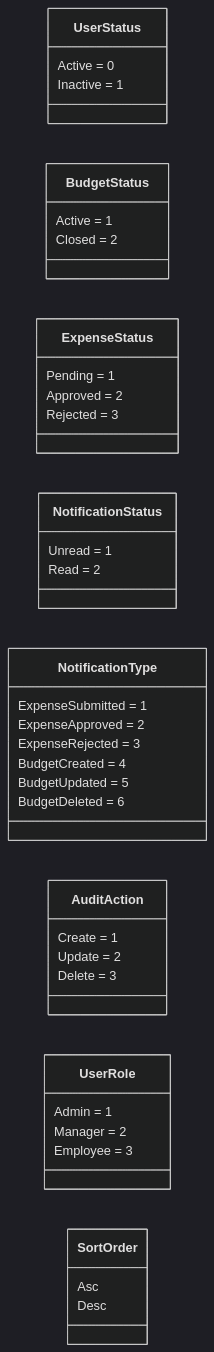
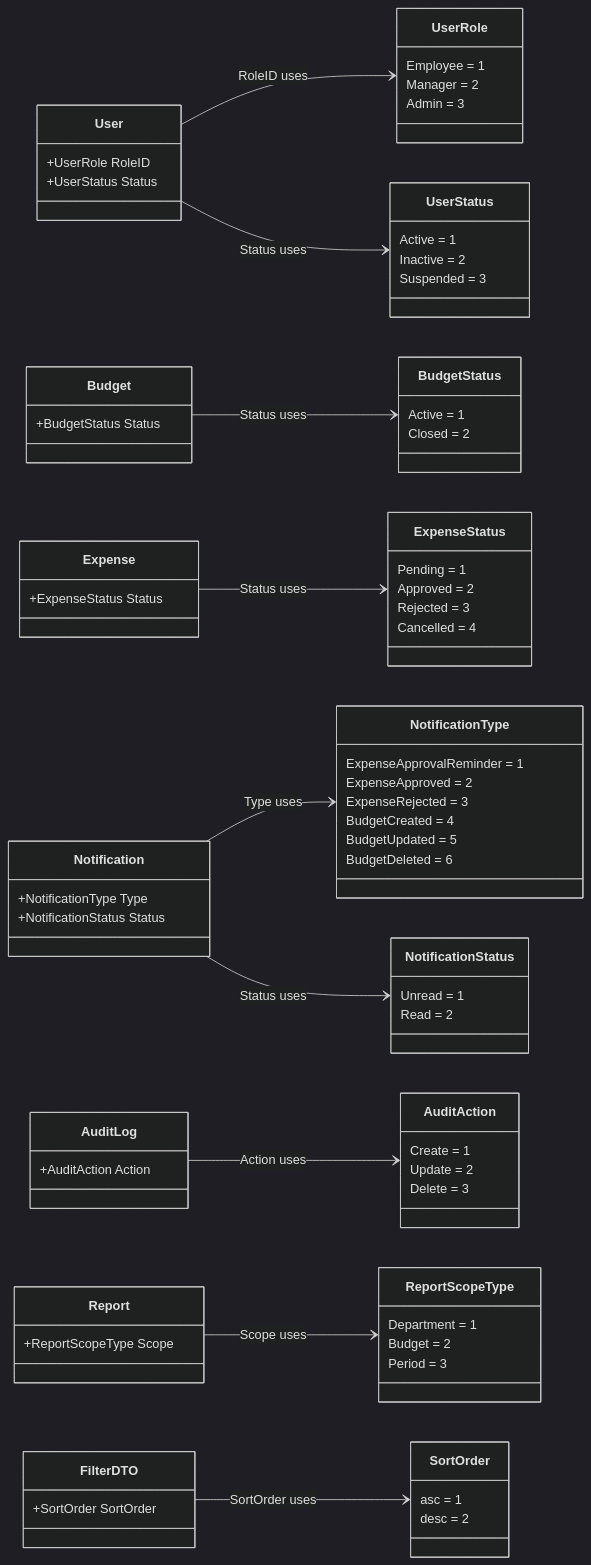
One commit to Dharunkumar-S/BudgetTrack changed the second of 7 diagrams in Documentation/ClassDiagram.md. Above: the diagram before and after it, drawn with Mermaid (dark theme). The commit also changed other lines of this file and 2 other files, not shown here.

````diff
--- a/Documentation/ClassDiagram.md
+++ b/Documentation/ClassDiagram.md
@@ -212,9 +212,18 @@
 classDiagram
     direction LR
 
+    %% ── Enum definitions ─────────────────────────────────────
+
+    class UserRole {
+        Employee = 1
+        Manager = 2
+        Admin = 3
+    }
+
     class UserStatus {
-        Active = 0
-        Inactive = 1
+        Active = 1
+        Inactive = 2
+        Suspended = 3
     }
 
     class BudgetStatus {
@@ -226,6 +235,7 @@
         Pending = 1
         Approved = 2
         Rejected = 3
+        Cancelled = 4
     }
 
     class NotificationStatus {
@@ -234,7 +244,7 @@
     }
 
     class NotificationType {
-        ExpenseSubmitted = 1
+        ExpenseApprovalReminder = 1
         ExpenseApproved = 2
         ExpenseRejected = 3
         BudgetCreated = 4
@@ -248,14 +258,64 @@
         Delete = 3
     }
 
-    class UserRole {
-        Admin = 1
-        Manager = 2
-        Employee = 3
+    class ReportScopeType {
+        Department = 1
+        Budget = 2
+        Period = 3
     }
 
     class SortOrder {
-        Asc
-        Desc
+        asc = 1
+        desc = 2
     }
+
+    %% ── Entity stubs (fields that reference an enum) ─────────
+
+    class User {
+        +UserRole RoleID
+        +UserStatus Status
+    }
+
+    class Budget {
+        +BudgetStatus Status
+    }
+
+    class Expense {
+        +ExpenseStatus Status
+    }
+
+    class Notification {
+        +NotificationType Type
+        +NotificationStatus Status
+    }
+
+    class AuditLog {
+        +AuditAction Action
+    }
+
+    class Report {
+        +ReportScopeType Scope
+    }
+
+    class FilterDTO {
+        +SortOrder SortOrder
+    }
+
+    %% ── Entity → Enum links ───────────────────────────────────
+
+    User --> UserRole        : RoleID uses
+    User --> UserStatus      : Status uses
+
+    Budget --> BudgetStatus  : Status uses
+
+    Expense --> ExpenseStatus : Status uses
+
+    Notification --> NotificationType   : Type uses
+    Notification --> NotificationStatus : Status uses
+
+    AuditLog --> AuditAction : Action uses
+
+    Report --> ReportScopeType : Scope uses
+
+    FilterDTO --> SortOrder : SortOrder uses
 ```
````
